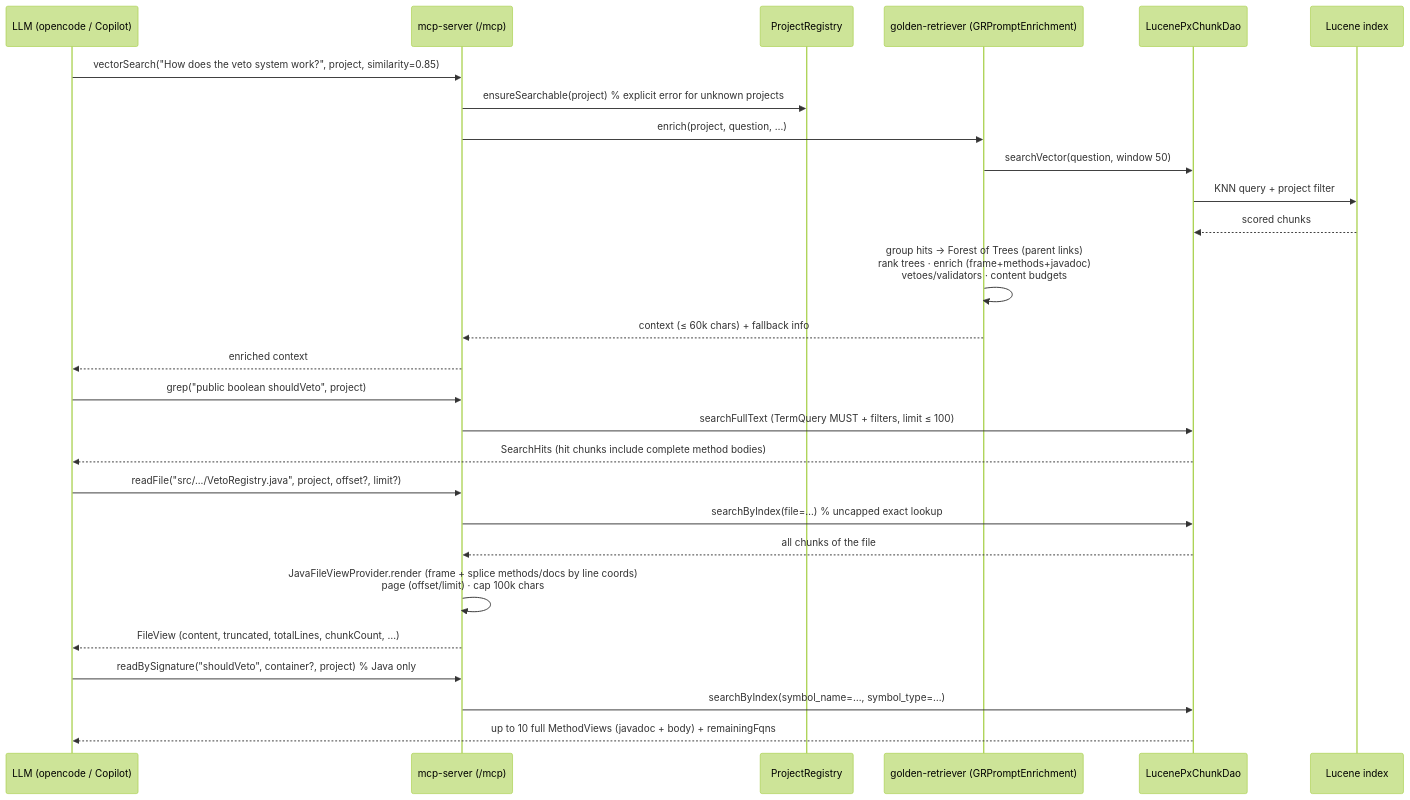
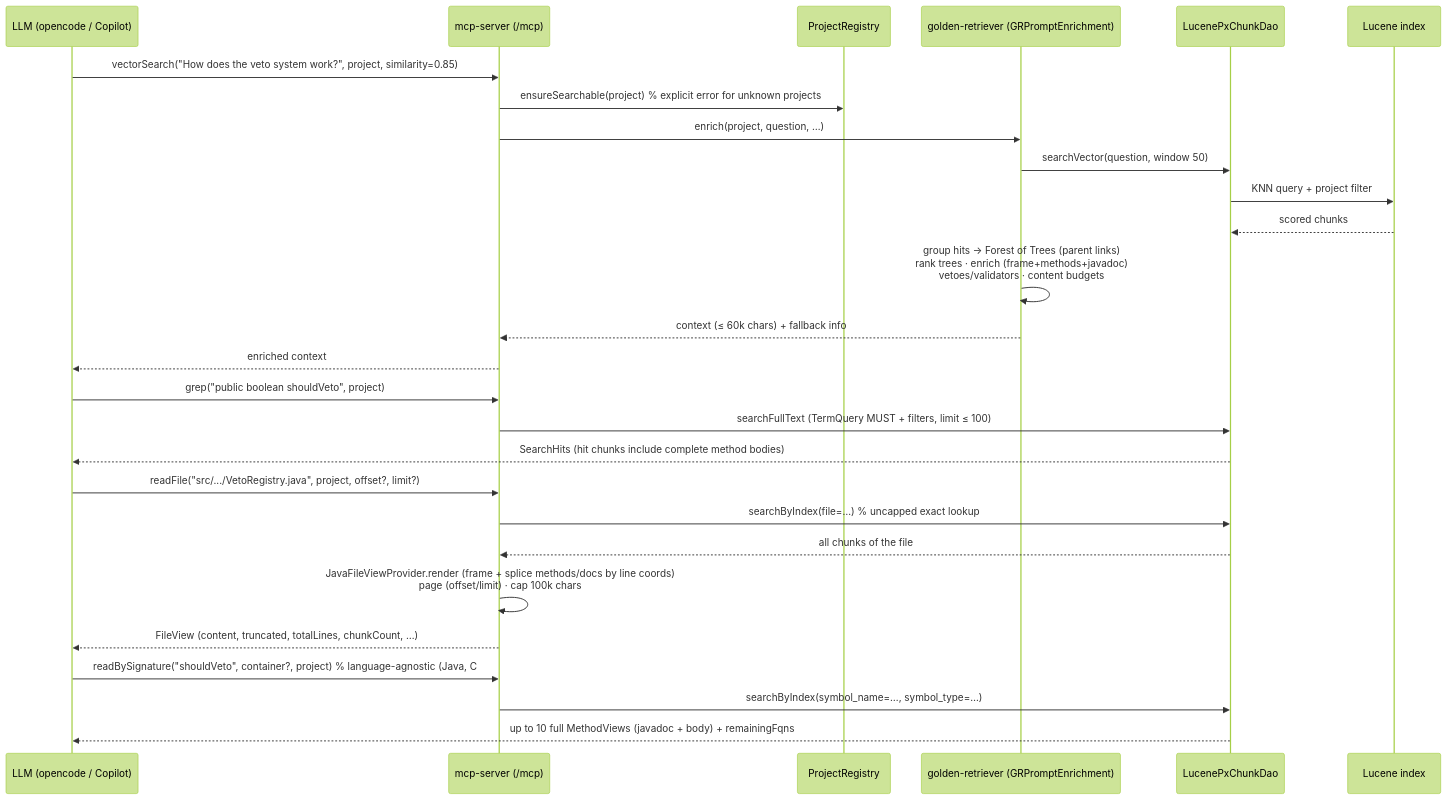
The second of 6 diagrams in doc/arc42/06_runtime_view.md (carstenSpraener/prjxp), drawn with Mermaid (forest theme) before and after one commit. The commit also changed other lines of this file and 16 other files, not shown here.

First line of the commit message:
docs: align READMEs and arc42 with the LanguagePack architecture

````diff
--- a/doc/arc42/06_runtime_view.md
+++ b/doc/arc42/06_runtime_view.md
@@ -48,33 +49,33 @@
 ```mermaid
 sequenceDiagram
     participant AI as LLM (opencode / Copilot)
     participant MS as mcp-server (/mcp)
     participant REG as ProjectRegistry
     participant GR as golden-retriever (GRPromptEnrichment)
     participant DAO as LucenePxChunkDao
     participant IDX as Lucene index
 
     AI->>MS: vectorSearch("How does the veto system work?", project, similarity=0.85)
     MS->>REG: ensureSearchable(project)  % explicit error for unknown projects
     MS->>GR: enrich(project, question, …)
     GR->>DAO: searchVector(question, window 50)
     DAO->>IDX: KNN query + project filter
     IDX-->>DAO: scored chunks
     GR->>GR: group hits → Forest of Trees (parent links)<br/>rank trees · enrich (frame+methods+javadoc)<br/>vetoes/validators · content budgets
     GR-->>MS: context (≤ 60k chars) + fallback info
     MS-->>AI: enriched context
 
     AI->>MS: grep("public boolean shouldVeto", project)
     MS->>DAO: searchFullText (TermQuery MUST + filters, limit ≤ 100)
     DAO-->>AI: SearchHits (hit chunks include complete method bodies)
 
     AI->>MS: readFile("src/.../VetoRegistry.java", project, offset?, limit?)
     MS->>DAO: searchByIndex(file=…)  % uncapped exact lookup
     DAO-->>MS: all chunks of the file
     MS->>MS: JavaFileViewProvider.render (frame + splice methods/docs by line coords)<br/>page (offset/limit) · cap 100k chars
     MS-->>AI: FileView (content, truncated, totalLines, chunkCount, …)
 
-    AI->>MS: readBySignature("shouldVeto", container?, project)   % Java only
+    AI->>MS: readBySignature("shouldVeto", container?, project)   % language-agnostic (Java, C#, …)
     MS->>DAO: searchByIndex(symbol_name=…, symbol_type=…)
     DAO-->>AI: up to 10 full MethodViews (javadoc + body) + remainingFqns
 ```
````
